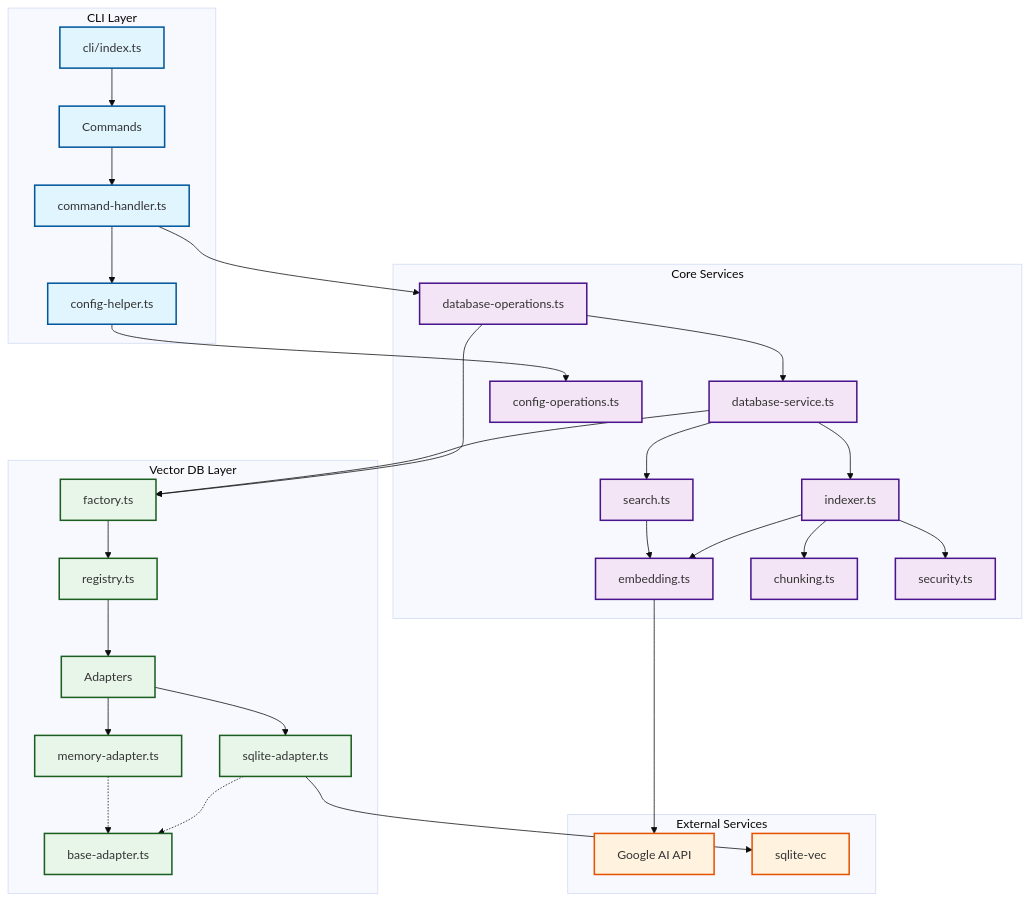
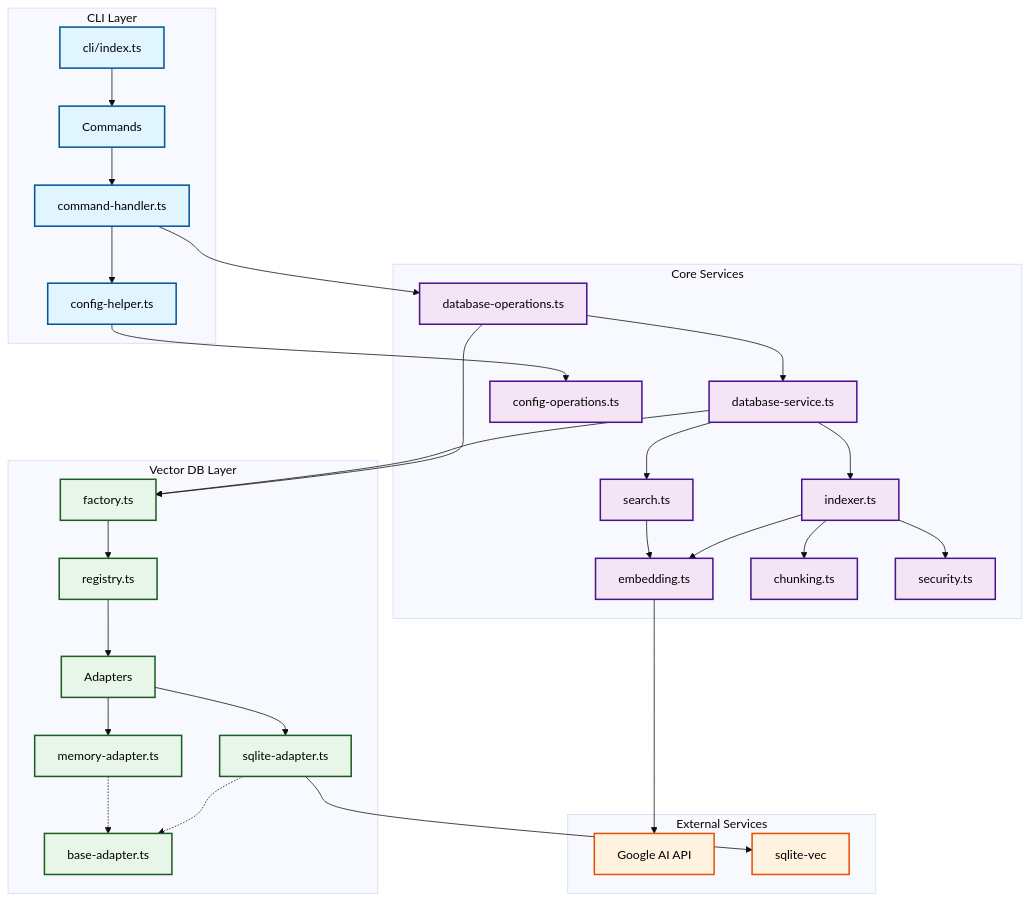
Before and after one commit to ushironoko/ragist: the diagram in README.md, drawn with Mermaid (base theme).

````diff
--- a/README.md
+++ b/README.md
@@ -307,75 +307,75 @@
 ```mermaid
 graph TB
     subgraph "CLI Layer"
         CLI[cli/index.ts]
         Commands[Commands]
         CommandHandler[command-handler.ts]
         ConfigHelper[config-helper.ts]
     end
 
     subgraph "Core Services"
         DatabaseOps[database-operations.ts]
         DatabaseService[database-service.ts]
         ConfigOps[config-operations.ts]
         Indexer[indexer.ts]
         Search[search.ts]
         Embedding[embedding.ts]
         Chunking[chunking.ts]
         Security[security.ts]
     end
 
     subgraph "Vector DB Layer"
         Factory[factory.ts]
         Registry[registry.ts]
         Adapters[Adapters]
         SQLiteAdapter[sqlite-adapter.ts]
         MemoryAdapter[memory-adapter.ts]
         BaseAdapter[base-adapter.ts]
     end
 
     subgraph "External Services"
         GoogleAI[Google AI API]
         SQLiteVec[sqlite-vec]
     end
 
     %% CLI Layer relationships
     CLI --> Commands
     Commands --> CommandHandler
     CommandHandler --> ConfigHelper
     CommandHandler --> DatabaseOps
     ConfigHelper --> ConfigOps
 
     %% Core Services relationships
     DatabaseOps --> DatabaseService
     DatabaseOps --> Factory
     DatabaseService --> Factory
     DatabaseService --> Indexer
     DatabaseService --> Search
     Indexer --> Embedding
     Indexer --> Chunking
     Indexer --> Security
     Search --> Embedding
 
     %% Vector DB Layer relationships
     Factory --> Registry
     Registry --> Adapters
     Adapters --> SQLiteAdapter
     Adapters --> MemoryAdapter
     SQLiteAdapter -.-> BaseAdapter
     MemoryAdapter -.-> BaseAdapter
 
     %% External connections
     Embedding --> GoogleAI
     SQLiteAdapter --> SQLiteVec
 
-    %% Styling
-    classDef cli fill:#e1f5fe,stroke:#01579b,stroke-width:2px
-    classDef core fill:#f3e5f5,stroke:#4a148c,stroke-width:2px
-    classDef db fill:#e8f5e9,stroke:#1b5e20,stroke-width:2px
-    classDef external fill:#fff3e0,stroke:#e65100,stroke-width:2px
+    %% Styling with black text for readability in dark mode
+    classDef cli fill:#e1f5fe,stroke:#01579b,stroke-width:2px,color:#000
+    classDef core fill:#f3e5f5,stroke:#4a148c,stroke-width:2px,color:#000
+    classDef db fill:#e8f5e9,stroke:#1b5e20,stroke-width:2px,color:#000
+    classDef external fill:#fff3e0,stroke:#e65100,stroke-width:2px,color:#000
 
     class CLI,Commands,CommandHandler,ConfigHelper cli
     class DatabaseOps,DatabaseService,ConfigOps,Indexer,Search,Embedding,Chunking,Security core
     class Factory,Registry,Adapters,SQLiteAdapter,MemoryAdapter,BaseAdapter db
     class GoogleAI,SQLiteVec external
 ```
````
